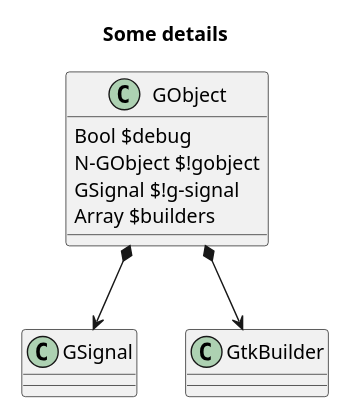
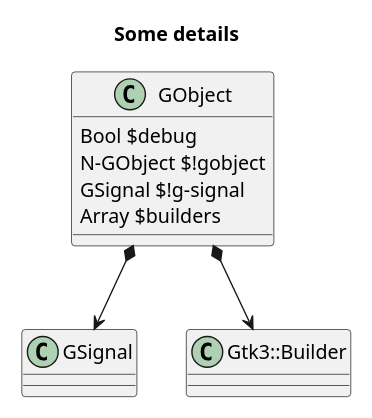
The fifth of 5 diagrams in doc/Design-docs/Design.md (MARTIMM/gnome-gtk3), drawn with PlantUML before and after one commit. The commit also changed other lines of this file, not shown here.

````diff
--- a/doc/Design-docs/Design.md
+++ b/doc/Design-docs/Design.md
@@ -141,22 +142,22 @@
 ```plantuml
 scale 0.7
 
 title Some details
 class GObject {
   Bool $debug
   N-GObject $!gobject
   GSignal $!g-signal
   Array $builders
 }
 
 'hide members
 class GSignal {
 }
 
-class GtkBuilder {
+class Gtk3::Builder {
 }
 
 GObject *--> GSignal
-GObject *--> GtkBuilder
+GObject *--> Gtk3::Builder
 
 ```
````
